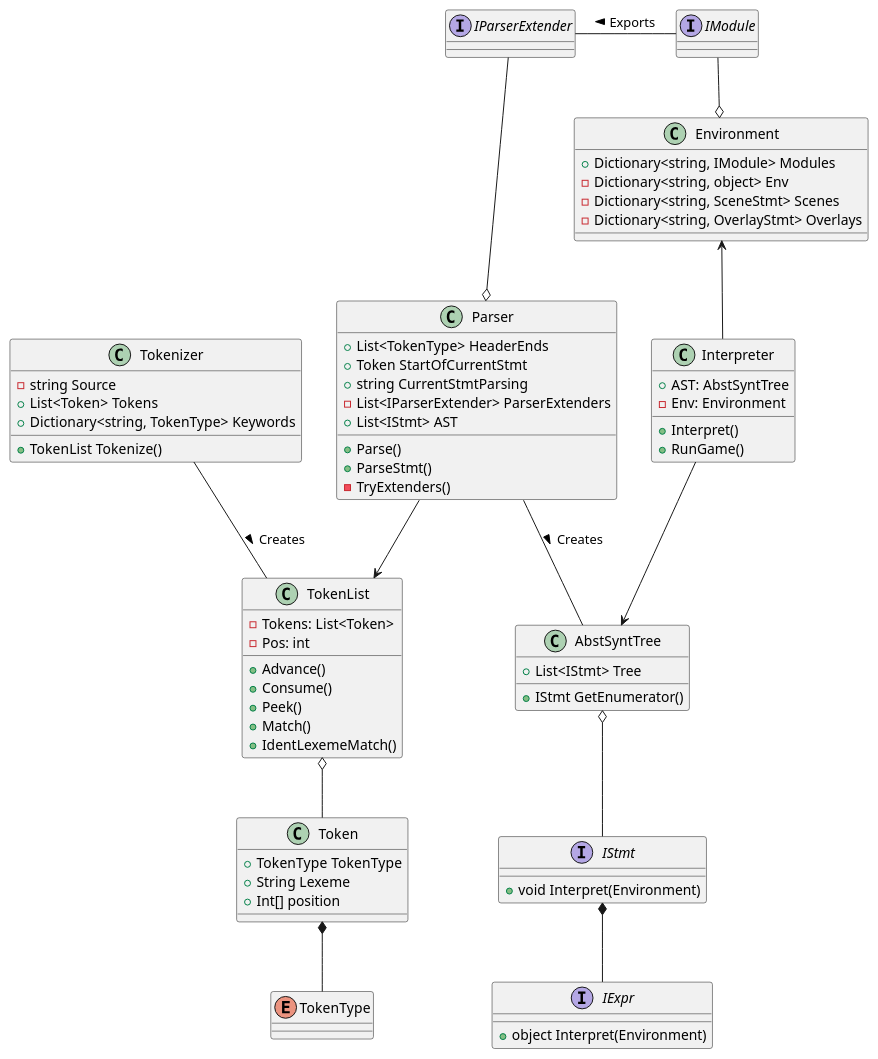
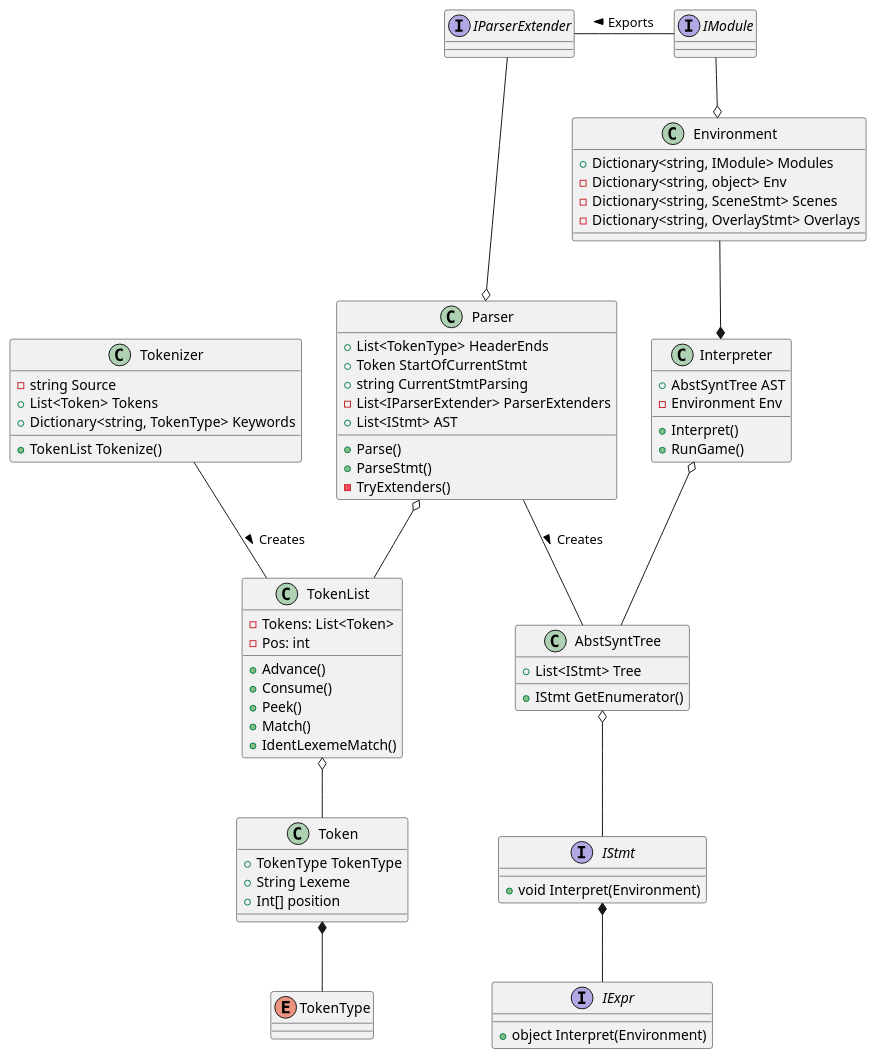
The diagram in Diagrams/docs.puml (alexllov/CYA-Adventure-Game-Engine), drawn with PlantUML before and after one commit. The commit also changed 7 other files, not shown here.

```diff
--- a/Diagrams/docs.puml
+++ b/Diagrams/docs.puml
@@ -1,114 +1,114 @@
 @startuml
 
 ' https://plantuml.com/class-diagram
 
 Tokenizer -[hidden]> Parser
 Parser -[hidden]> Interpreter
 
 enum TokenType
 
 class Token {
     + TokenType TokenType
     + String Lexeme
     + Int[] position
 }
 
 class TokenList {
     -Tokens: List<Token>
     -Pos: int
     +Advance()
     +Consume()
     +Peek()
     +Match()
     +IdentLexemeMatch()
 }
 
 TokenList o-- Token 
 Token *-- TokenType 
 
 class Tokenizer {
     -string Source
     '-int Start
     '-int Pos
     '-int Line
     '-int Col
     +List<Token> Tokens
     +Dictionary<string, TokenType> Keywords
     +TokenList Tokenize()
 }
 
 Tokenizer - TokenList : Creates >
 
 class Parser {
     +List<TokenType> HeaderEnds
     +Token StartOfCurrentStmt
     +string CurrentStmtParsing
     -List<IParserExtender> ParserExtenders
     +List<IStmt> AST
     +Parse()
     +ParseStmt()
     -TryExtenders()
 }
 
-Parser --> TokenList
+Parser o-- TokenList
 Parser - AbstSyntTree : Creates >
 
 class AbstSyntTree {
     +List<IStmt> Tree
     +IStmt GetEnumerator()
 }
 
 interface IStmt {
     +void Interpret(Environment)
 }
 
 'abstract Stmt {}
 
 AbstSyntTree o-- IStmt
 IStmt *-- IExpr
 
 interface IExpr {
     +object Interpret(Environment)
 }
 
 class Interpreter {
-    +AST: AbstSyntTree
+    +AbstSyntTree AST
     '-DebugMode: bool
-    -Env: Environment
+    -Environment Env
     +Interpret()
     +RunGame()
 }
 
-Interpreter --> AbstSyntTree
+Interpreter o-- AbstSyntTree
 
 class Environment {
     +Dictionary<string, IModule> Modules
     '+List<IChoiceHandler> ChoiceHandlers
     -Dictionary<string, object> Env
     -Dictionary<string, SceneStmt> Scenes
     -Dictionary<string, OverlayStmt> Overlays
     '+Dictionary<string, OverlayStmt> AccessibleOverlays
     '+List<ChoiceStmt> LocalChoices
     '+List<string> CommandErrors
     '-List<IStmt> SuccessfulCommands
     '-string GoTo
     '-bool GoToFlag
     '-(bool, string) RunOverlayFlag
     '-bool ExitOverlayFlag
 }
 
 
 interface IModule {}
 
 
 interface IParserExtender {}
 
 IParserExtender - IModule: Exports <
 
 IParserExtender --o Parser
 
 IModule --o Environment
 
-Environment <-- Interpreter
+Environment --* Interpreter
 
 @enduml
```
